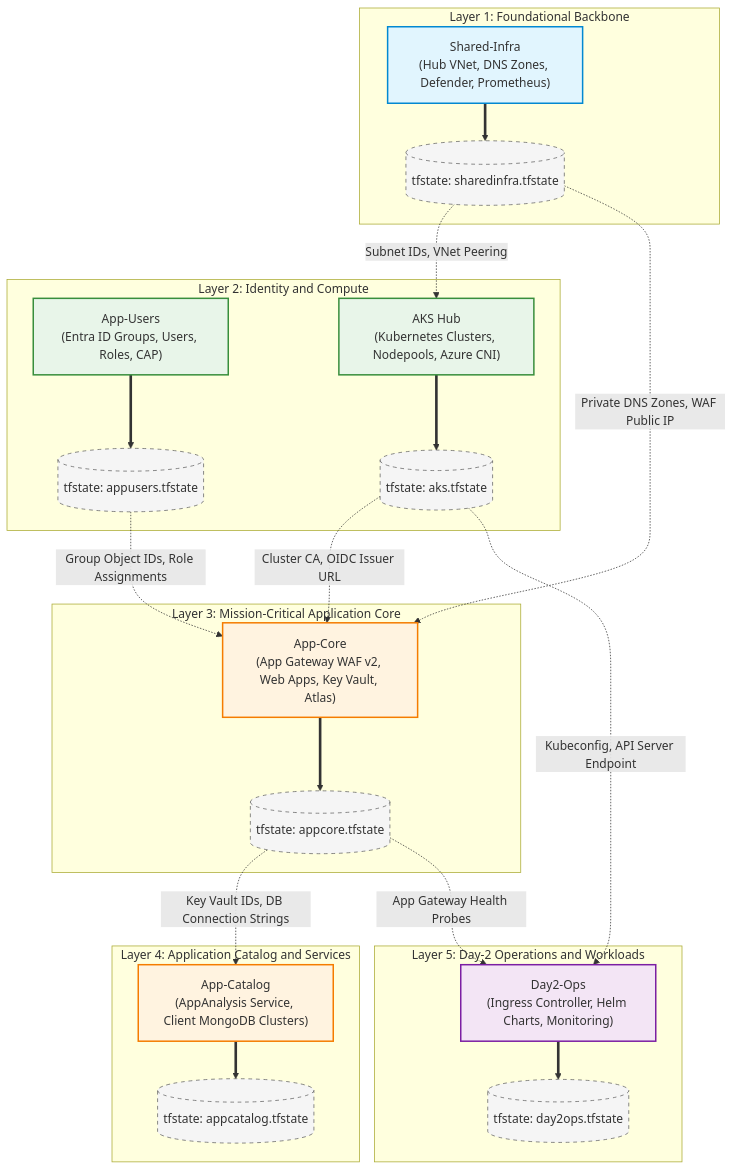
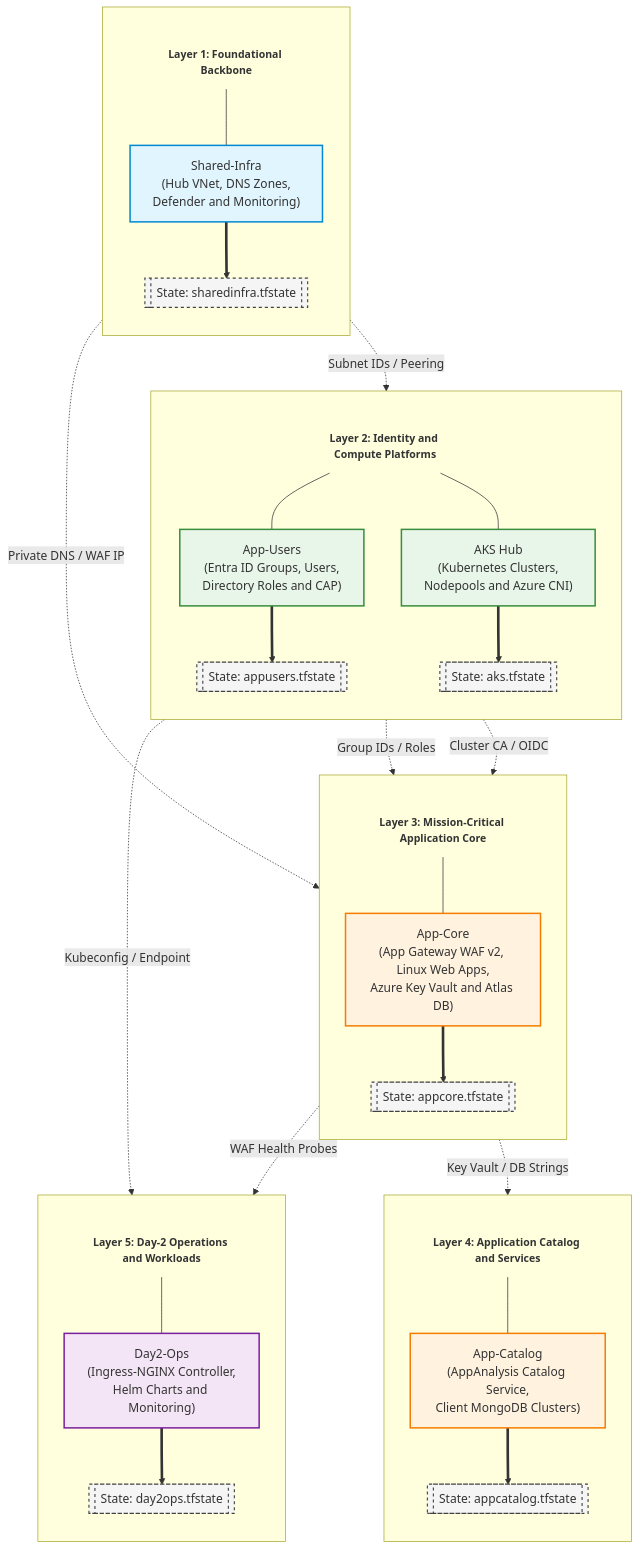
One commit to nubenetes/terraform-azure-devops-agentic changed the fourth of 6 diagrams in README.md. Above: the diagram before and after it, drawn with Mermaid. The commit also changed other lines of this file, not shown here.

Commit message:
docs: resolve text clipping and word cutoffs across all README mermaid diagrams

````diff
--- a/README.md
+++ b/README.md
@@ -493,48 +493,66 @@
 ```mermaid
-graph TD
+flowchart TD
     classDef hub fill:#e1f5fe,stroke:#0288d1,stroke-width:2px;
     classDef spoke fill:#e8f5e9,stroke:#388e3c,stroke-width:2px;
     classDef app fill:#fff3e0,stroke:#f57c00,stroke-width:2px;
     classDef ops fill:#f3e5f5,stroke:#7b1fa2,stroke-width:2px;
-    classDef state fill:#f5f5f5,stroke:#616161,stroke-width:1px,stroke-dasharray: 5 5;
-    subgraph Layer1 ["Layer 1: Foundational Backbone"]
-        SI["Shared-Infra<br/>(Hub VNet, DNS Zones, Defender, Prometheus)"]
-        S_SI[("tfstate: sharedinfra.tfstate")]
-        SI ==> S_SI
+    classDef state fill:#f5f5f5,stroke:#424242,stroke-width:1.5px,stroke-dasharray: 4 4;
+    classDef title fill:none,stroke:none,font-weight:bold,font-size:14px;
+
+    subgraph L1 [" "]
+        direction TB
+        T1["Layer 1: Foundational Backbone"]:::title
+        SI["Shared-Infra<br/>(Hub VNet, DNS Zones,<br/>Defender and Monitoring)"]
+        S_SI[["State: sharedinfra.tfstate"]]
+        T1 --- SI ==> S_SI
     end
-    subgraph Layer2 ["Layer 2: Identity and Compute"]
-        AU["App-Users<br/>(Entra ID Groups, Users, Roles, CAP)"]
-        S_AU[("tfstate: appusers.tfstate")]
-        AU ==> S_AU
-        AKS["AKS Hub<br/>(Kubernetes Clusters, Nodepools, Azure CNI)"]
-        S_AKS[("tfstate: aks.tfstate")]
-        AKS ==> S_AKS
+
+    subgraph L2 [" "]
+        direction TB
+        T2["Layer 2: Identity and Compute Platforms"]:::title
+        AU["App-Users<br/>(Entra ID Groups, Users,<br/>Directory Roles and CAP)"]
+        S_AU[["State: appusers.tfstate"]]
+        AKS["AKS Hub<br/>(Kubernetes Clusters,<br/>Nodepools and Azure CNI)"]
+        S_AKS[["State: aks.tfstate"]]
+        T2 --- AU ==> S_AU
+        T2 --- AKS ==> S_AKS
     end
-    subgraph Layer3 ["Layer 3: Mission-Critical Application Core"]
-        AC["App-Core<br/>(App Gateway WAF v2, Web Apps, Key Vault, Atlas)"]
-        S_AC[("tfstate: appcore.tfstate")]
-        AC ==> S_AC
+
+    subgraph L3 [" "]
+        direction TB
+        T3["Layer 3: Mission-Critical Application Core"]:::title
+        AC["App-Core<br/>(App Gateway WAF v2, Linux Web Apps,<br/>Azure Key Vault and Atlas DB)"]
+        S_AC[["State: appcore.tfstate"]]
+        T3 --- AC ==> S_AC
     end
-    subgraph Layer4 ["Layer 4: Application Catalog and Services"]
-        CAT["App-Catalog<br/>(AppAnalysis Service, Client MongoDB Clusters)"]
-        S_CAT[("tfstate: appcatalog.tfstate")]
-        CAT ==> S_CAT
+
+    subgraph L4 [" "]
+        direction TB
+        T4["Layer 4: Application Catalog and Services"]:::title
+        CAT["App-Catalog<br/>(AppAnalysis Catalog Service,<br/>Client MongoDB Clusters)"]
+        S_CAT[["State: appcatalog.tfstate"]]
+        T4 --- CAT ==> S_CAT
     end
-    subgraph Layer5 ["Layer 5: Day-2 Operations and Workloads"]
-        D2["Day2-Ops<br/>(Ingress Controller, Helm Charts, Monitoring)"]
-        S_D2[("tfstate: day2ops.tfstate")]
-        D2 ==> S_D2
+
+    subgraph L5 [" "]
+        direction TB
+        T5["Layer 5: Day-2 Operations and Workloads"]:::title
+        D2["Day2-Ops<br/>(Ingress-NGINX Controller,<br/>Helm Charts and Monitoring)"]
+        S_D2[["State: day2ops.tfstate"]]
+        T5 --- D2 ==> S_D2
     end
-    S_SI -.->|Subnet IDs, VNet Peering| AKS
-    S_SI -.->|Private DNS Zones, WAF Public IP| AC
-    S_AU -.->|Group Object IDs, Role Assignments| AC
-    S_AKS -.->|Cluster CA, OIDC Issuer URL| AC
-    S_AC -.->|Key Vault IDs, DB Connection Strings| CAT
-    S_AKS -.->|Kubeconfig, API Server Endpoint| D2
-    S_AC -.->|App Gateway Health Probes| D2
+
+    S_SI -.->|"Subnet IDs / Peering"| AKS
+    S_SI -.->|"Private DNS / WAF IP"| AC
+    S_AU -.->|"Group IDs / Roles"| AC
+    S_AKS -.->|"Cluster CA / OIDC"| AC
+    S_AC -.->|"Key Vault / DB Strings"| CAT
+    S_AKS -.->|"Kubeconfig / Endpoint"| D2
+    S_AC -.->|"WAF Health Probes"| D2
+
     class SI hub;
     class AU,AKS spoke;
     class AC,CAT app;
     class D2 ops;
     class S_SI,S_AU,S_AKS,S_AC,S_CAT,S_D2 state;
 ```
````
